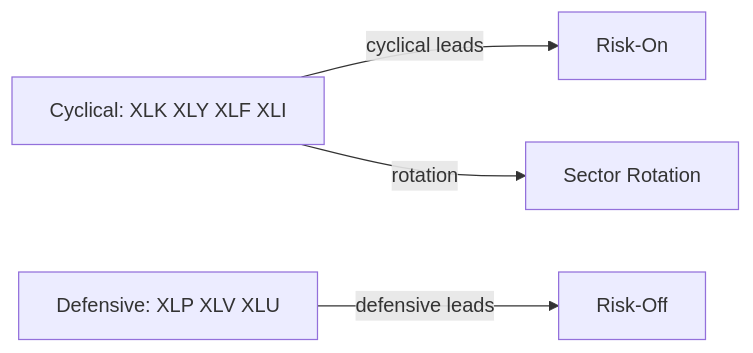
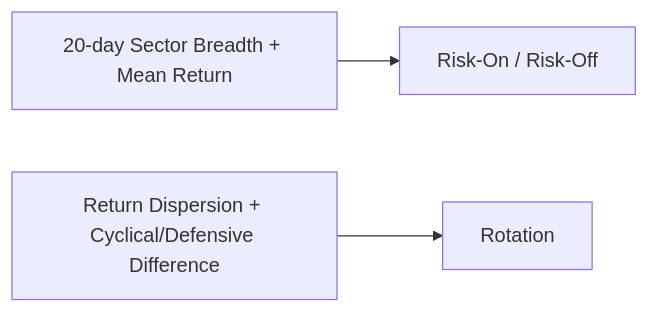
The second of 4 diagrams in README.md (KAMCHIU-LAB/Stock_Monitor), drawn with Mermaid before and after one commit. The commit also changed other lines of this file and 34 other files, not shown here.

````diff
--- a/README.md
+++ b/README.md
@@ -107,6 +149,5 @@
 ```mermaid
 flowchart LR
-    CYC["Cyclical: XLK XLY XLF XLI"] --> |"cyclical leads"| ON["Risk-On"]
-    DEF["Defensive: XLP XLV XLU"] --> |"defensive leads"| OFF["Risk-Off"]
-    CYC --> |"rotation"| ROT["Sector Rotation"]
+    BREADTH["20-day Sector Breadth + Mean Return"] --> ON["Risk-On / Risk-Off"]
+    SPREAD["Return Dispersion + Cyclical/Defensive Difference"] --> ROT["Rotation"]
 ```
````
